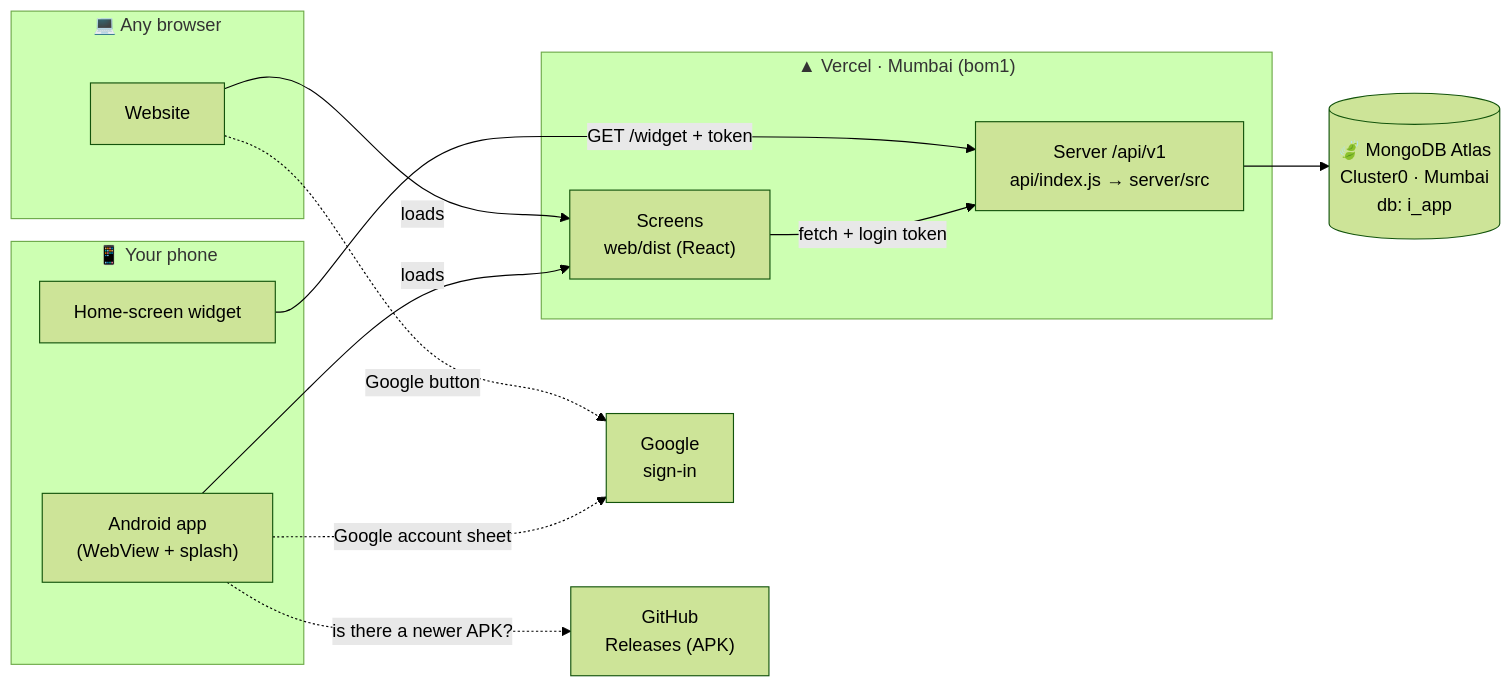
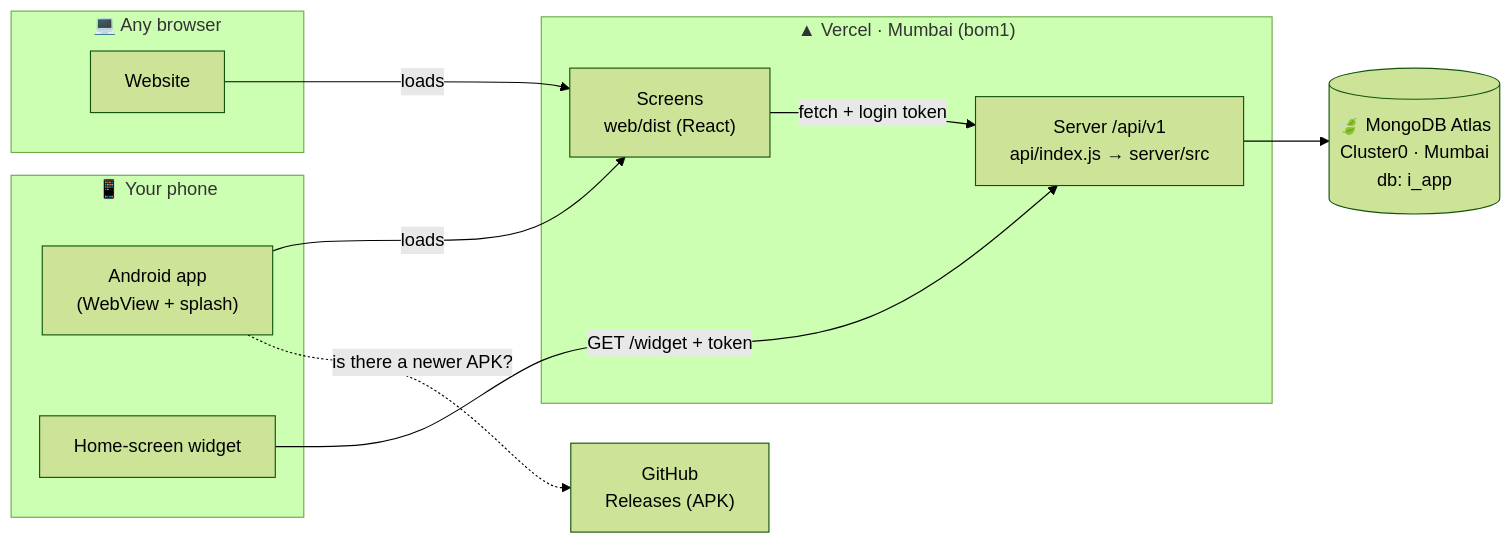
Before and after one commit to itssinghankit/i: the second of 5 diagrams in README.md, drawn with Mermaid (forest theme). The commit also changed other lines of this file and 117 other files, not shown here.

First line of the commit message:
Learnings tab, widget tabs, MVVM Android app, new update sheet

````diff
--- a/README.md
+++ b/README.md
@@ -44,26 +62,23 @@
 ```mermaid
 flowchart LR
     subgraph Phone["📱 Your phone"]
         APP["Android app<br/>(WebView + splash)"]
         W["Home-screen widget"]
     end
     subgraph Browser["💻 Any browser"]
         WEB["Website"]
     end
     subgraph Vercel["▲ Vercel · Mumbai (bom1)"]
         UI["Screens<br/>web/dist (React)"]
         API["Server /api/v1<br/>api/index.js → server/src"]
     end
     DB[("🍃 MongoDB Atlas<br/>Cluster0 · Mumbai<br/>db: i_app")]
-    G["Google<br/>sign-in"]
     GH["GitHub<br/>Releases (APK)"]
 
     APP -- "loads" --> UI
     WEB -- "loads" --> UI
     UI -- "fetch + login token" --> API
     W -- "GET /widget + token" --> API
     API --> DB
-    APP -. "Google account sheet" .-> G
-    WEB -. "Google button" .-> G
     APP -. "is there a newer APK?" .-> GH
 ```
````
